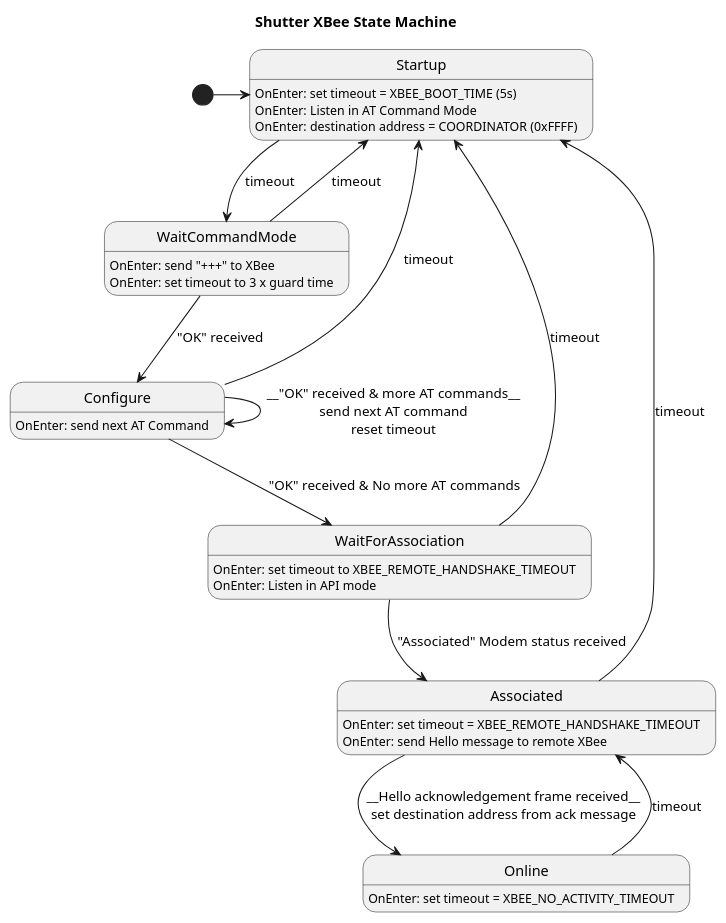
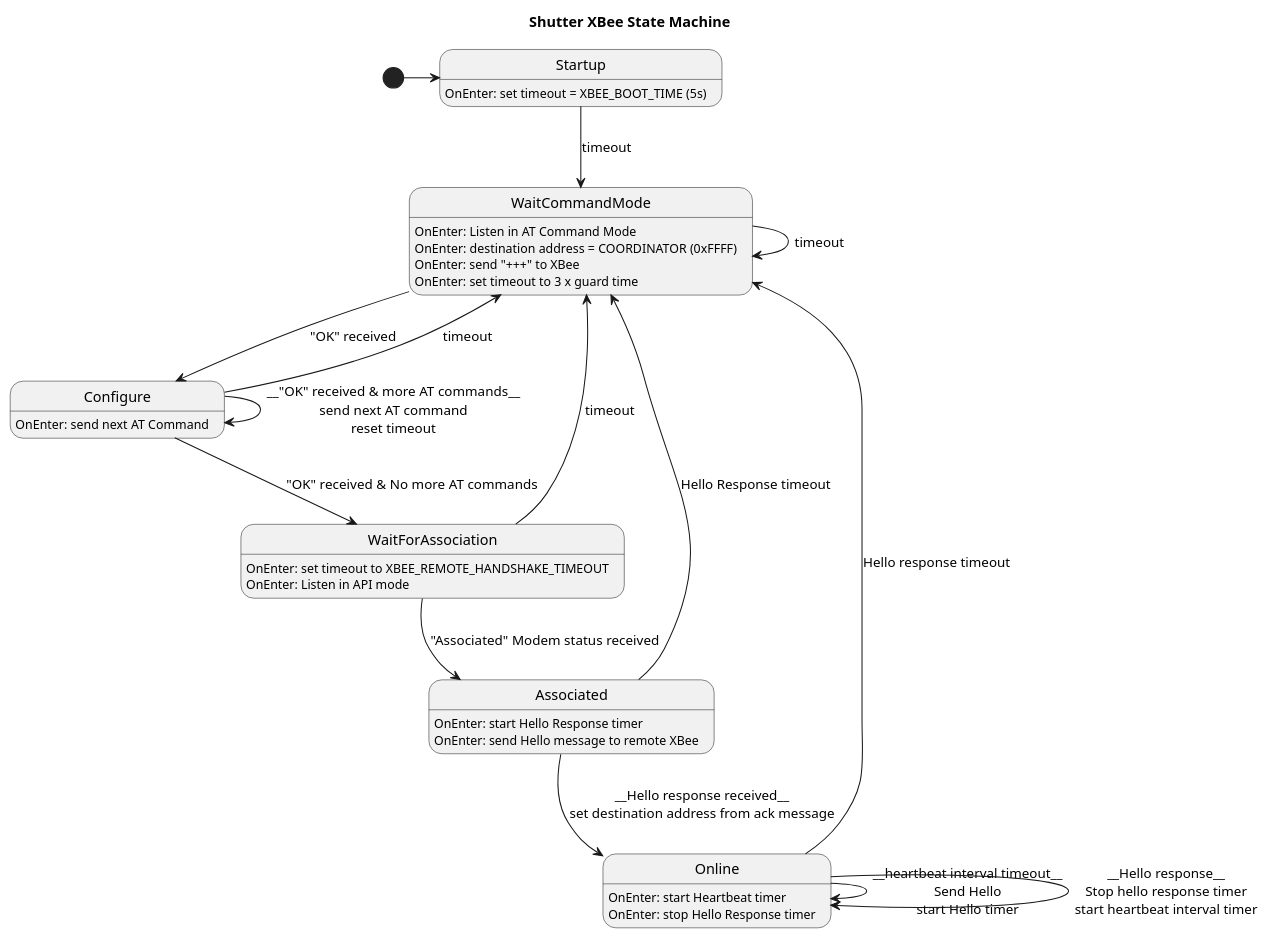
The diagram in Markdown/ShutterXBeeStatemachine.md (nexdome/Firmware), drawn with PlantUML before and after one commit. The commit also changed 7 other files, not shown here.

````diff
--- a/Markdown/ShutterXBeeStatemachine.md
+++ b/Markdown/ShutterXBeeStatemachine.md
@@ -1,37 +1,40 @@
 ``` puml
 @startuml
 hide empty description
 title Shutter XBee State Machine
 
 [*] -> Startup
 
 Startup: OnEnter: set timeout = XBEE_BOOT_TIME (5s)
-Startup: OnEnter: Listen in AT Command Mode
-Startup: OnEnter: destination address = COORDINATOR (0xFFFF)
 Startup --> WaitCommandMode: timeout
 
+WaitCommandMode: OnEnter: Listen in AT Command Mode
+WaitCommandMode: OnEnter: destination address = COORDINATOR (0xFFFF)
 WaitCommandMode: OnEnter: send "+++" to XBee
 WaitCommandMode: OnEnter: set timeout to 3 x guard time
 WaitCommandMode --> Configure: "OK" received
-WaitCommandMode --> Startup: timeout
+WaitCommandMode --> WaitCommandMode: timeout
 
 Configure: OnEnter: send next AT Command
-Configure --> Startup: timeout
+Configure --> WaitCommandMode: timeout
 Configure --> Configure: __"OK" received & more AT commands__\nsend next AT command\nreset timeout
 Configure --> WaitForAssociation: "OK" received & No more AT commands
 
 WaitForAssociation: OnEnter: set timeout to XBEE_REMOTE_HANDSHAKE_TIMEOUT
 WaitForAssociation: OnEnter: Listen in API mode
 WaitForAssociation --> Associated: "Associated" Modem status received
-WaitForAssociation --> Startup: timeout
+WaitForAssociation --> WaitCommandMode: timeout
 
-Associated: OnEnter: set timeout = XBEE_REMOTE_HANDSHAKE_TIMEOUT
+Associated: OnEnter: start Hello Response timer
 Associated: OnEnter: send Hello message to remote XBee
-Associated --> Startup: timeout
-Associated --> Online: __Hello acknowledgement frame received__\nset destination address from ack message
+Associated --> WaitCommandMode: Hello Response timeout
+Associated --> Online: __Hello response received__\nset destination address from ack message
 
-Online: OnEnter: set timeout = XBEE_NO_ACTIVITY_TIMEOUT
-Online --> Associated: timeout
+Online: OnEnter: start Heartbeat timer
+Online: OnEnter: stop Hello Response timer
+Online --> WaitCommandMode: Hello response timeout
+Online --> Online: __heartbeat interval timeout__\nSend Hello\nstart Hello timer
+Online --> Online: __Hello response__\nStop hello response timer\nstart heartbeat interval timer
 
 @enduml
 ```
````
